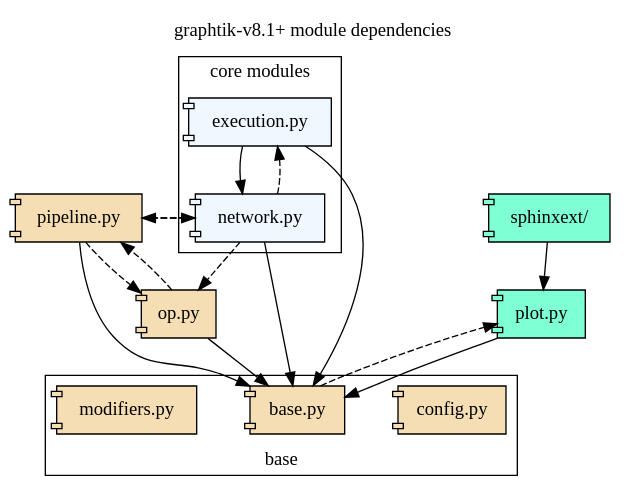
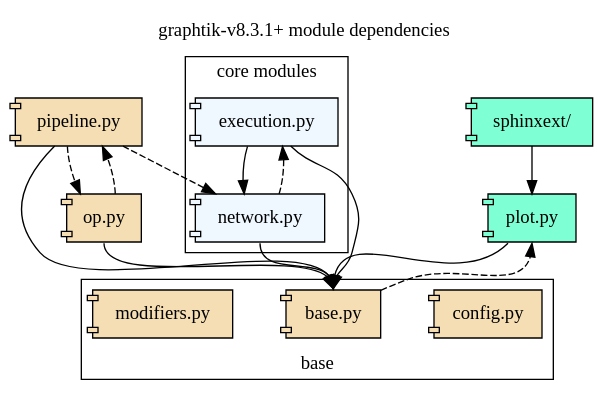
The diagram in docs/GraphtikModuleDependencies.dot (wgmo/graphtik), drawn with Graphviz before and after one commit. The commit also changed 1 other file, not shown here.

Commit message:
DOC(api): upd mod deps diagram

```diff
--- a/docs/GraphtikModuleDependencies.dot
+++ b/docs/GraphtikModuleDependencies.dot
@@ -1,71 +1,76 @@
 # Render it manually with this command, and remember to update result in git:
 #
 #   dot docs/GraphtikFlowchart.dot -Tsvg -odocs/source/images/GraphtikFlowchart-vX.Y.Z.svg
 #
 digraph {
-    label="graphtik-v8.1+ module dependencies";
+    label="graphtik-v8.3.1+ module dependencies";
     labelloc=t;
     node [style=filled];
     nodesep=0.55;
     remincross=true;
 
     "plot.py"        [shape=component
                 tooltip="(extra)"
                 fillcolor=Aquamarine
                 URL="reference.html#module-graphtik.plot"];
     "sphinxext/"   [shape=component
                 tooltip="(extra)"
                  fillcolor=Aquamarine
                  URL="reference.html#module-graphtik.sphinxext"];
 
     subgraph cluster_base {
         label="base";
         labelloc=b;
         tooltip="almost all other modules depend on these";
 
         "config.py"      [shape=component tooltip="(public) almost everything import this module"
                     fillcolor=wheat
                     URL="reference.html#module-graphtik.config"];
         "base.py"   [shape=component
                     tooltip="(implicit) everything imports this module, not shown"
                     fillcolor=wheat
                     URL="reference.html#module-graphtik.base"];
         "modifiers.py"   [shape=component
                     tooltip="(public) almost everything imports this module"
                     fillcolor=wheat
                     URL="reference.html#module-graphtik.modifiers"];
     }
 
     "pipeline.py"    [shape=component
                 tooltip="(public)"
                 fillcolor=wheat
                  URL="reference.html#module-graphtik.pipeline"];
     "op.py"    [shape=component
                 tooltip="(public)"
                 fillcolor=wheat
                  URL="reference.html#module-graphtik.op"];
 
     subgraph cluster_network {
         label="core modules";
         tooltip="related to graph solution";
         URL="arch.html#term-execution";
 
         "execution.py"   [shape=component
                     tooltip="(private)"
                     fillcolor=AliceBlue
                     URL="reference.html#module-graphtik.execution"];
         "network.py"     [shape=component
                     tooltip="(private)"
                     fillcolor=AliceBlue
                     URL="reference.html#module-graphtik.network"];
     }
 
-    {"op.py", "pipeline.py", "network.py", "execution.py", "plot.py"} -> "base.py" [tooltip="(import-time)"];
-    "base.py" -> "plot.py"                      [tooltip="(run-time)" style=dashed];
+    {"op.py", "network.py"} -> "base.py" [tooltip="(import-time)"
+                                        headport=n tailport=s];
+    "execution.py" -> "base.py" [tooltip="(import-time)"
+                                        headport=n tailport=se];
+    {"pipeline.py",  "plot.py"} -> "base.py" [tooltip="(import-time)"
+                                        headport=n tailport=sw];
+    "base.py" -> "plot.py"                      [tooltip="(run-time)" style=dashed  headport=s];
     "execution.py" -> "network.py"    [tooltip="(import-time)"];
-    "network.py" -> {"op.py", "pipeline.py", "execution.py"}    [tooltip="(run-time)" style=dashed];
+    "network.py" -> "execution.py"    [tooltip="(run-time)"  style=dashed];
     "op.py" -> "pipeline.py"    [style=dashed
                                  tooltip="(run-time) for plotting"];
     "pipeline.py" -> {"op.py", "network.py"}    [tooltip="(run-time)" style=dashed];
-    "sphinxext/" -> "plot.py"                   [tooltip="(import-time)"];
+    "sphinxext/" -> "plot.py"                   [tooltip="(import-time)" headport=n  tailport=s];
 }
```
